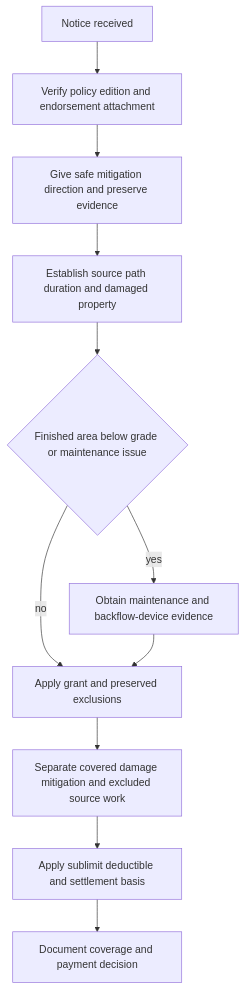
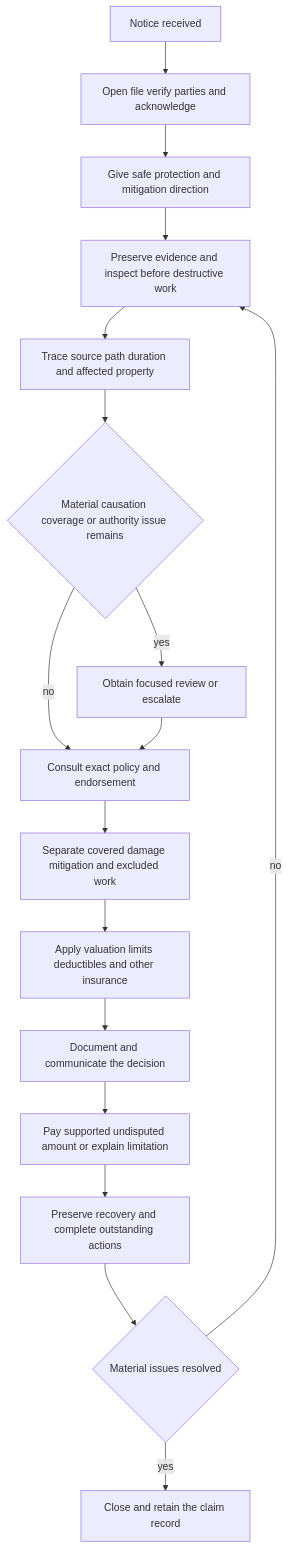
The diagram in openwiki/claims/guidelines/water-loss-handling.md (langchain-samples/openwiki-insurance-corpus), drawn with Mermaid before and after one commit. The commit also changed other lines of this file and 79 other files, not shown here.

````diff
--- a/openwiki/claims/guidelines/water-loss-handling.md
+++ b/openwiki/claims/guidelines/water-loss-handling.md
@@ -37,13 +50,19 @@
 ```mermaid
 flowchart TD
-  notice["Notice received"] --> verify["Verify policy edition and endorsement attachment"]
-  verify --> protect["Give safe mitigation direction and preserve evidence"]
-  protect --> trace["Establish source path duration and damaged property"]
-  trace --> conditions{"Finished area below grade or maintenance issue"}
-  conditions -->|"yes"| devices["Obtain maintenance and backflow-device evidence"]
-  conditions -->|"no"| coverage["Apply grant and preserved exclusions"]
-  devices --> coverage
-  coverage --> scope["Separate covered damage mitigation and excluded source work"]
-  scope --> adjust["Apply sublimit deductible and settlement basis"]
-  adjust --> decision["Document coverage and payment decision"]
+    notice["Notice received"] --> intake["Open file verify parties and acknowledge"]
+    intake --> protect["Give safe protection and mitigation direction"]
+    protect --> preserve["Preserve evidence and inspect before destructive work"]
+    preserve --> trace["Trace source path duration and affected property"]
+    trace --> issue{"Material causation coverage or authority issue remains"}
+    issue -->|"yes"| refer["Obtain focused review or escalate"]
+    issue -->|"no"| consult["Consult exact policy and endorsement"]
+    refer --> consult
+    consult --> scope["Separate covered damage mitigation and excluded work"]
+    scope --> value["Apply valuation limits deductibles and other insurance"]
+    value --> decision["Document and communicate the decision"]
+    decision --> pay["Pay supported undisputed amount or explain limitation"]
+    pay --> recover["Preserve recovery and complete outstanding actions"]
+    recover --> close{"Material issues resolved"}
+    close -->|"no"| preserve
+    close -->|"yes"| done["Close and retain the claim record"]
 ```
````
